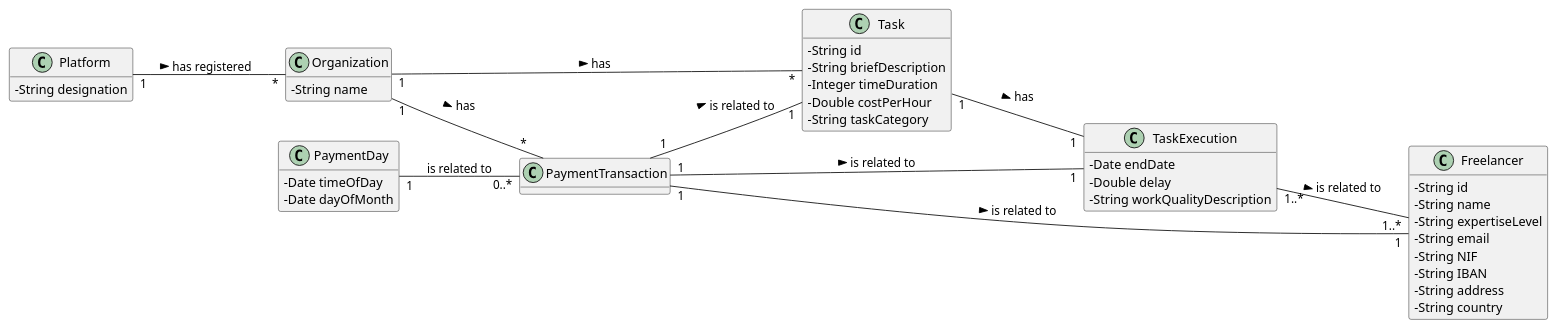
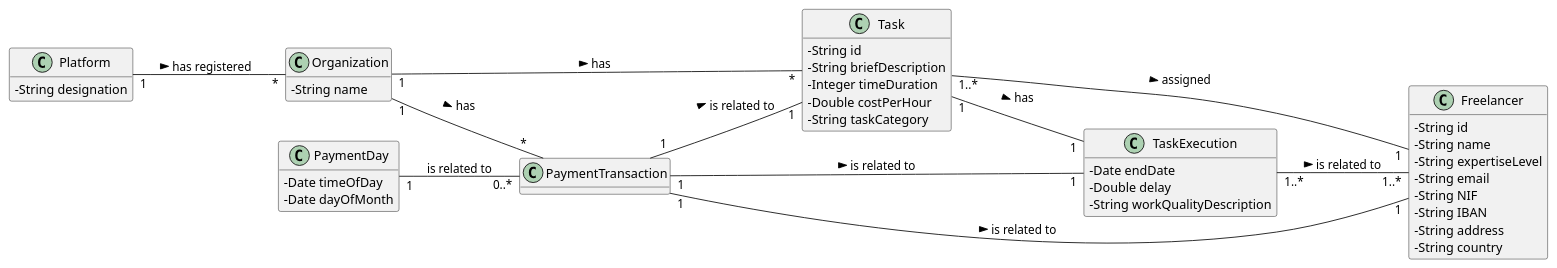
One commit to pedrolemos4/LAPR2 changed the diagram in docs/UC10 - Notify delayed freelancers (automatically)/UC10_MD.puml. Above: the diagram before and after it, drawn with PlantUML. The commit also changed 2 other files, not shown here.

```diff
--- a/docs/UC10 - Notify delayed freelancers (automatically)/UC10_MD.puml
+++ b/docs/UC10 - Notify delayed freelancers (automatically)/UC10_MD.puml
@@ -1,63 +1,64 @@
 @startuml
 skinparam classAttributeIconSize 0
 hide methods
 left to right direction
 
 class Platform {
   -String designation
 }
 
 class Organization {
   -String name
 }
 
 class Freelancer {
   -String id
   -String name
   -String expertiseLevel
   -String email
   -String NIF
   -String IBAN
   -String address
   -String country
   }
 
 class Task {
  -String id
  -String briefDescription
  -Integer timeDuration
  -Double costPerHour
  -String taskCategory
 }
 
 class TaskExecution {
  -Date endDate
  -Double delay
  -String workQualityDescription
 }
 
 class PaymentTransaction{
 }
 
 class PaymentDay {
   -Date timeOfDay
   -Date dayOfMonth
 }
 
 Platform "1" -- "*" Organization : has registered >
 
 Organization "1" -- "*" Task: has >
 Organization "1" -- "*" PaymentTransaction: has >
 
 PaymentTransaction "1" -- "1" Freelancer: is related to >
 PaymentTransaction "1" -- "1" Task: is related to >
 PaymentTransaction "1" -- "1" TaskExecution: is related to >
 
 TaskExecution "1..*" -- "1..*" Freelancer : is related to >
 
 Task "1" -- "1" TaskExecution: has >
+Task "1..*" -- "1" Freelancer: assigned >
 
 PaymentDay "1" -- "0..*" PaymentTransaction : is related to
 
 
 @enduml
```
